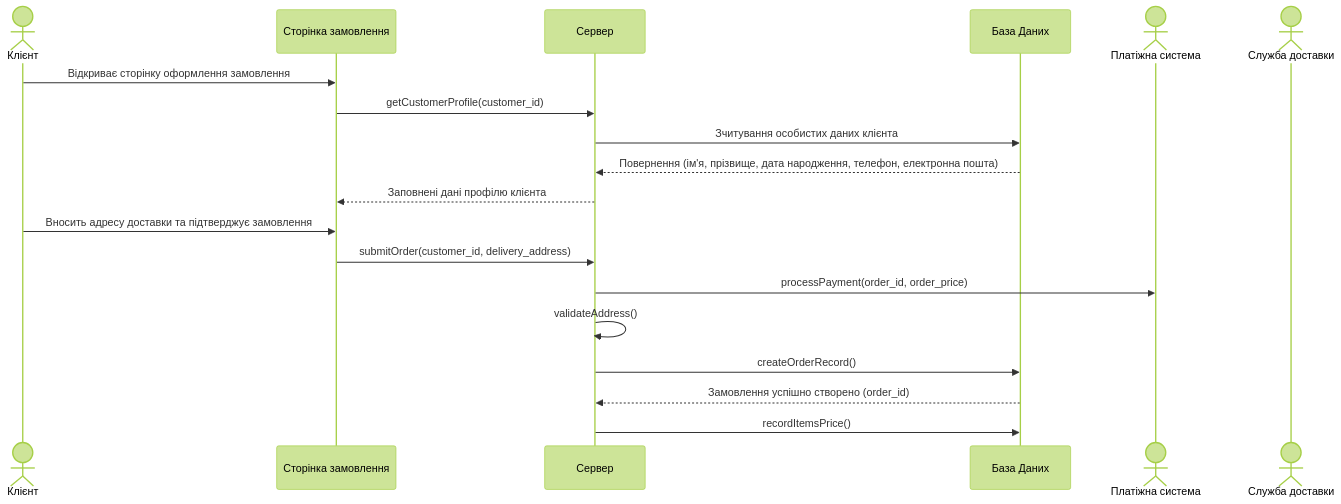
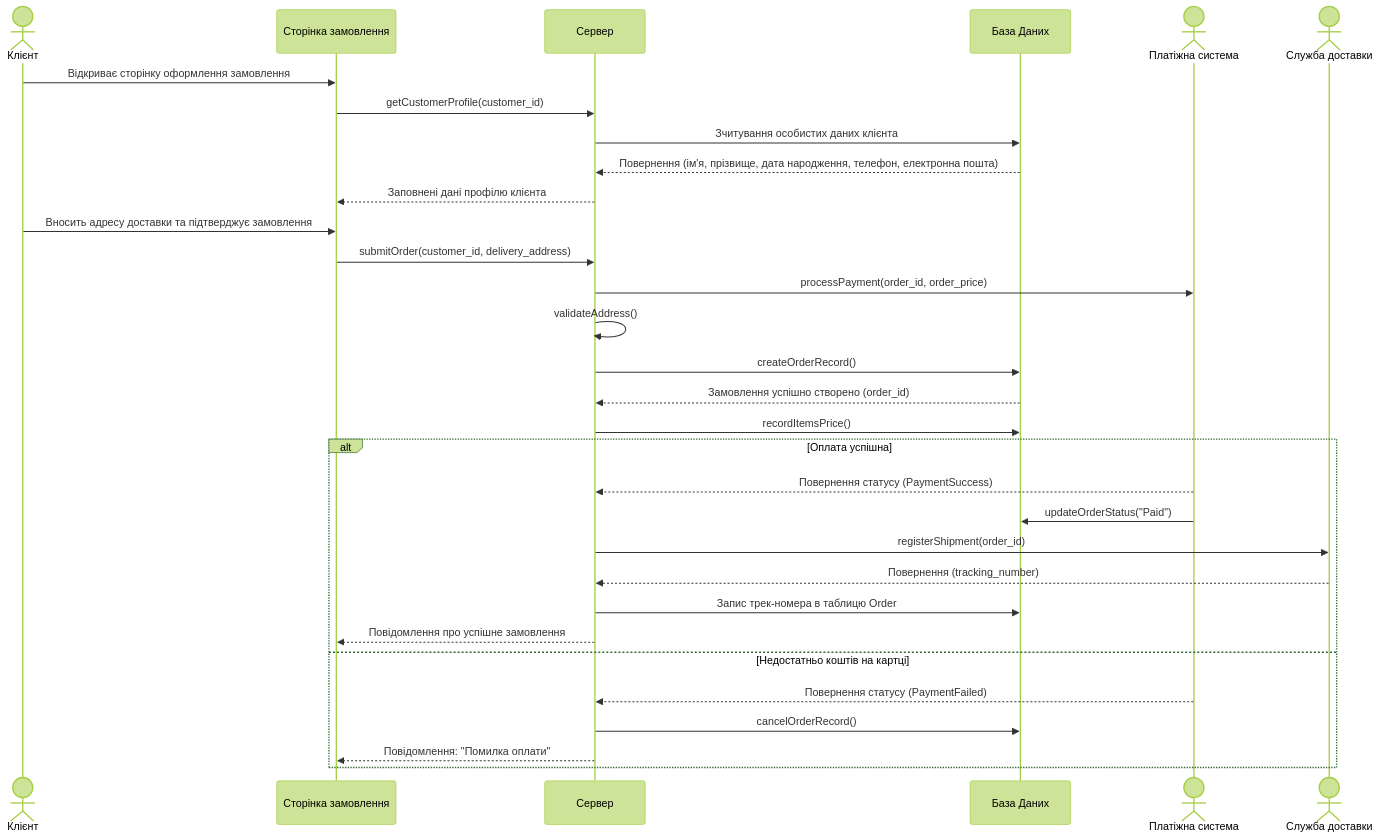
Before and after one commit to sofiisunn/KPI: the diagram in sequence.md, drawn with Mermaid (forest theme).

Commit message:
Add payment success and failure flow to sequence

````diff
--- a/sequence.md
+++ b/sequence.md
@@ -1,25 +1,40 @@
 ```mermaid
 sequenceDiagram
     actor Customer as Клієнт
     participant CheckoutPage as Сторінка замовлення
     participant OrderController as Сервер
     participant Database as База Даних
     actor PaymentService as Платіжна система
     actor DeliveryService as Служба доставки 
 
     Customer->>CheckoutPage: Відкриває сторінку оформлення замовлення
     CheckoutPage->>OrderController: getCustomerProfile(customer_id)
     OrderController->>Database: Зчитування особистих даних клієнта
     Database-->>OrderController: Повернення (ім'я, прізвище, дата народження, телефон, електронна пошта)
     OrderController-->>CheckoutPage: Заповнені дані профілю клієнта
 
     Customer->>CheckoutPage: Вносить адресу доставки та підтверджує замовлення
     CheckoutPage->>OrderController: submitOrder(customer_id, delivery_address)
     
     OrderController->>PaymentService: processPayment(order_id, order_price)
     OrderController->>OrderController: validateAddress()
     
     OrderController->>Database: createOrderRecord()
     Database-->>OrderController: Замовлення успішно створено (order_id)
     OrderController->>Database: recordItemsPrice()
+
+    alt Оплата успішна
+        PaymentService-->>OrderController: Повернення статусу (PaymentSuccess)
+        PaymentService->>Database: updateOrderStatus("Paid")
+        
+        OrderController->>DeliveryService: registerShipment(order_id)
+        DeliveryService-->>OrderController: Повернення (tracking_number)
+        OrderController->>Database: Запис трек-номера в таблицю Order
+        OrderController-->>CheckoutPage: Повідомлення про успішне замовлення
+
+    else Недостатньо коштів на картці
+        PaymentService-->>OrderController: Повернення статусу (PaymentFailed)
+        OrderController->>Database: cancelOrderRecord()
+        OrderController-->>CheckoutPage: Повідомлення: "Помилка оплати"
+    end
 ```
````
